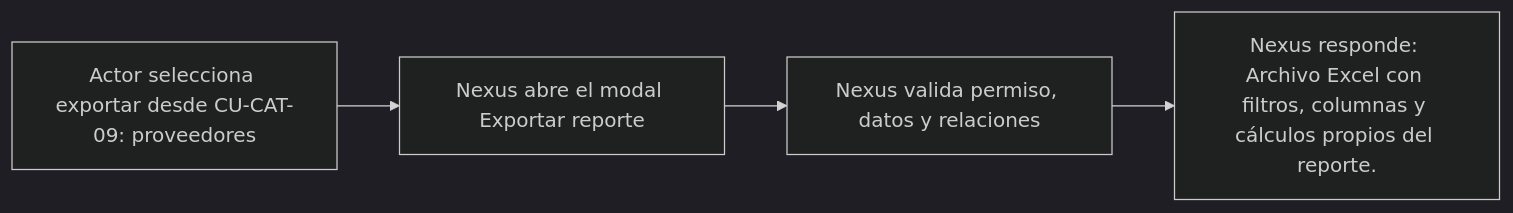
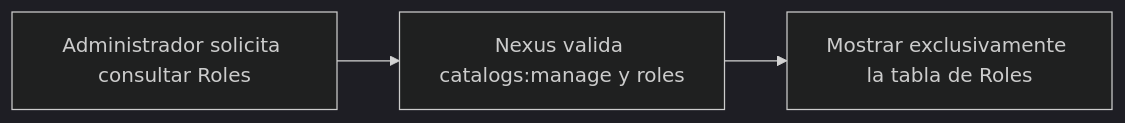
Before and after one commit to gpgsistemas01/nexus: the diagram in docs/requirements/diagrams/catalogs/cu-cat-13.md, drawn with Mermaid (dark theme). The commit also changed other lines of this file and 287 other files, not shown here.

````diff
--- a/docs/requirements/diagrams/catalogs/cu-cat-13.md
+++ b/docs/requirements/diagrams/catalogs/cu-cat-13.md
@@ -3,6 +3,5 @@
 ```mermaid
 flowchart LR
-    request["Actor selecciona exportar desde CU-CAT-09: proveedores"] --> modal["Nexus abre el modal Exportar reporte"]
-    modal --> validate["Nexus valida permiso, datos y relaciones"]
-    validate --> result["Nexus responde: Archivo Excel con filtros, columnas y cálculos propios del reporte."]
+    request["Administrador solicita consultar Roles"] --> authorize["Nexus valida catalogs:manage y roles"]
+    authorize --> result["Mostrar exclusivamente la tabla de Roles"]
 ```
````
